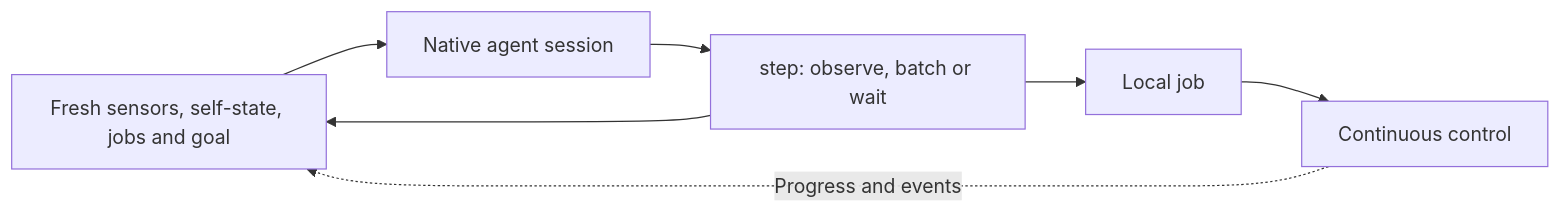
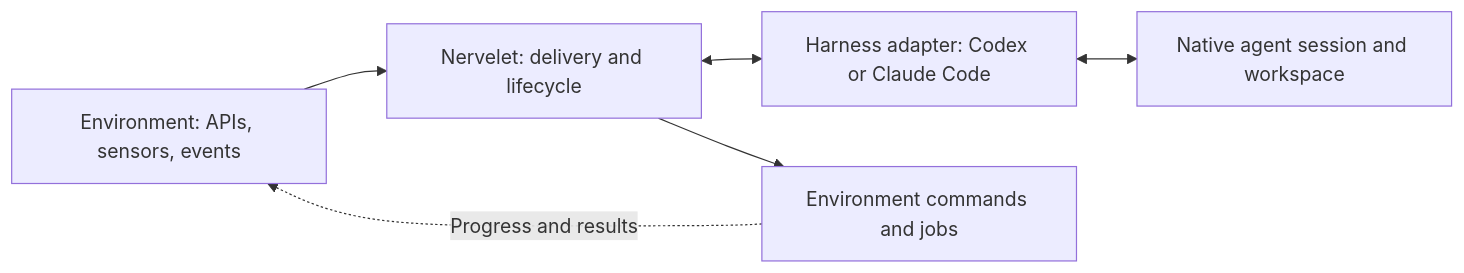
The diagram in README.md (DanMcInerney/nervelet), drawn with Mermaid before and after one commit. The commit also changed other lines of this file and 6 other files, not shown here.

Commit message:
Generalize Nervelet around harness and environment adapters

````diff
--- a/README.md
+++ b/README.md
@@ -11,9 +11,8 @@
 ```mermaid
 flowchart LR
-    S["Fresh sensors, self-state, jobs and goal"] --> A["Native agent session"]
-    A --> T["step: observe, batch or wait"]
-    T --> S
-    T --> J["Local job"]
-    J --> C["Continuous control"]
-    C -. "Progress and events" .-> S
+    E["Environment: APIs, sensors, events"] --> N["Nervelet: delivery and lifecycle"]
+    N <--> H["Harness adapter: Codex or Claude Code"]
+    H <--> A["Native agent session and workspace"]
+    N --> X["Environment commands and jobs"]
+    X -. "Progress and results" .-> E
 ```
````
